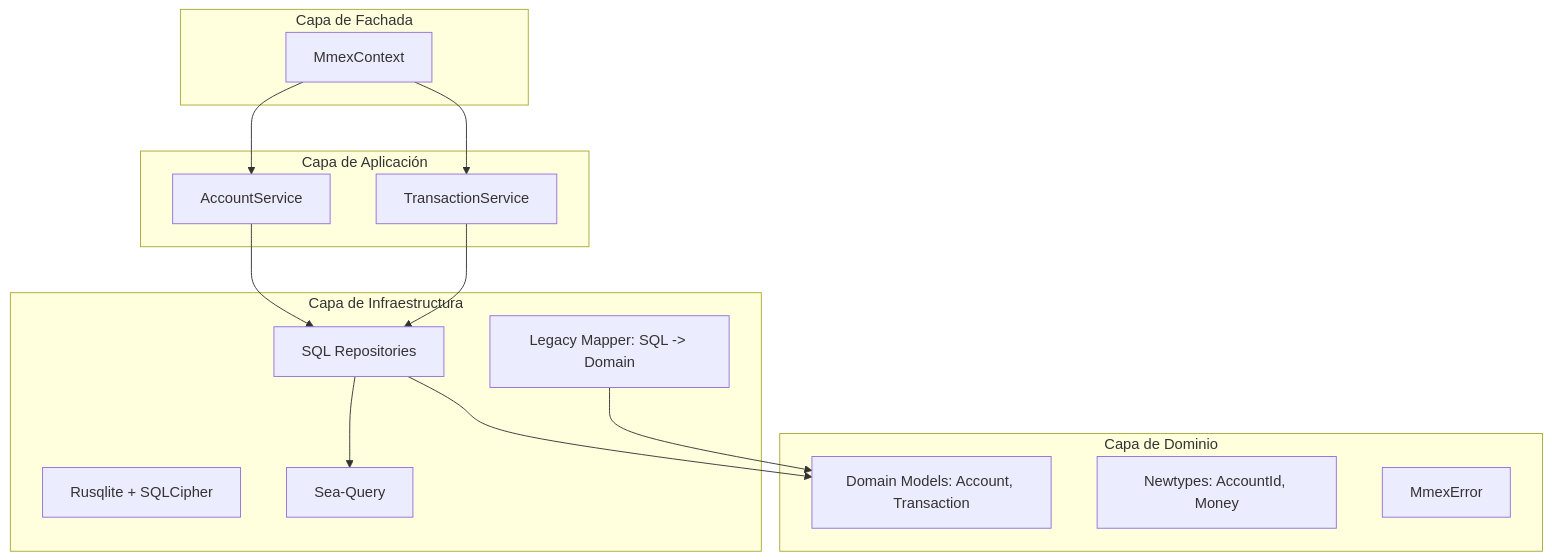
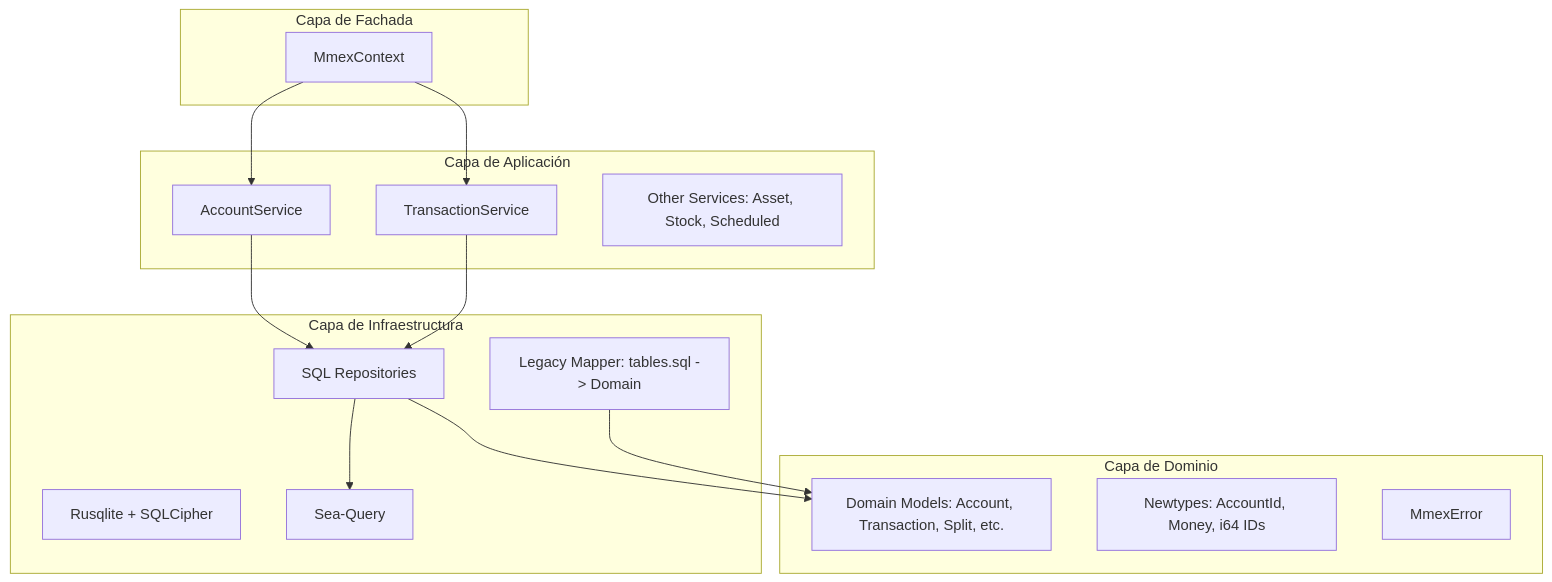
The diagram in DESIGN.md (PatricioRios/mmex_lib), drawn with Mermaid before and after one commit. The commit also changed other lines of this file and 50 other files, not shown here.

````diff
--- a/DESIGN.md
+++ b/DESIGN.md
@@ -14,32 +14,33 @@
 ```mermaid
 graph TD
     subgraph Public_API [Capa de Fachada]
         Context[MmexContext]
     end
 
     subgraph Application_Services [Capa de Aplicación]
         S_Acc[AccountService]
         S_Tx[TransactionService]
+        S_Misc[Other Services: Asset, Stock, Scheduled]
     end
 
     subgraph Domain_Layer [Capa de Dominio]
-        D_Models[Domain Models: Account, Transaction]
-        D_Types[Newtypes: AccountId, Money]
+        D_Models[Domain Models: Account, Transaction, Split, etc.]
+        D_Types[Newtypes: AccountId, Money, i64 IDs]
         D_Errors[MmexError]
     end
 
     subgraph Infrastructure_Layer [Capa de Infraestructura]
         Repo_Impl[SQL Repositories]
-        Mapper[Legacy Mapper: SQL -> Domain]
+        Mapper[Legacy Mapper: tables.sql -> Domain]
         DB_Conn[Rusqlite + SQLCipher]
         Query_Builder[Sea-Query]
     end
 
     Context --> S_Acc
     Context --> S_Tx
     S_Acc --> Repo_Impl
     S_Tx --> Repo_Impl
     Repo_Impl --> D_Models
     Repo_Impl --> Query_Builder
     Mapper --> D_Models
 ```
````
